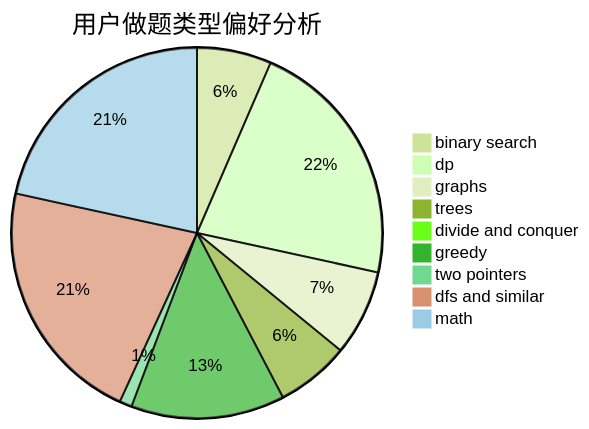
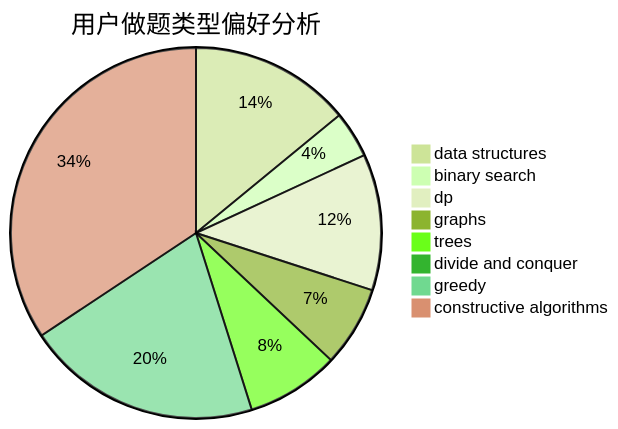
Before and after one commit to sherpahu/cfrs.github.io: the second of 3 diagrams in docs/user/u1540.md, drawn with Mermaid (forest theme). The commit also changed other lines of this file and 2775 other files, not shown here.

````diff
--- a/docs/user/u1540.md
+++ b/docs/user/u1540.md
@@ -23,12 +23,11 @@
 ```mermaid
 pie title 用户做题类型偏好分析
-    "binary search" :  78
-    "dp" :  263
-    "graphs" :  90
-    "trees" :  77
-    "divide and conquer" :  12
-    "greedy" :  161
-    "two pointers" :  13
-    "dfs and similar" :  259
-    "math" :  259
+    "data structures" :  52
+    "binary search" :  15
+    "dp" :  44
+    "graphs" :  26
+    "trees" :  30
+    "divide and conquer" :  3
+    "greedy" :  76
+    "constructive algorithms" :  127
 ```
````
